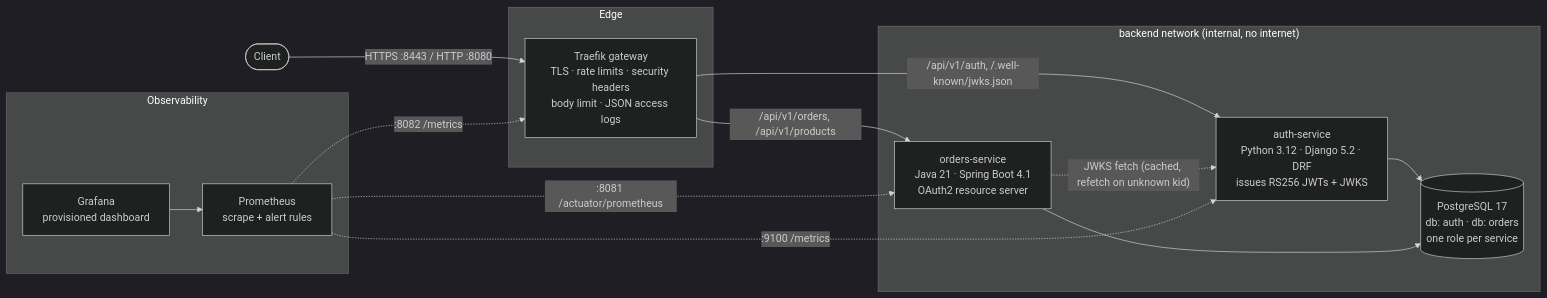
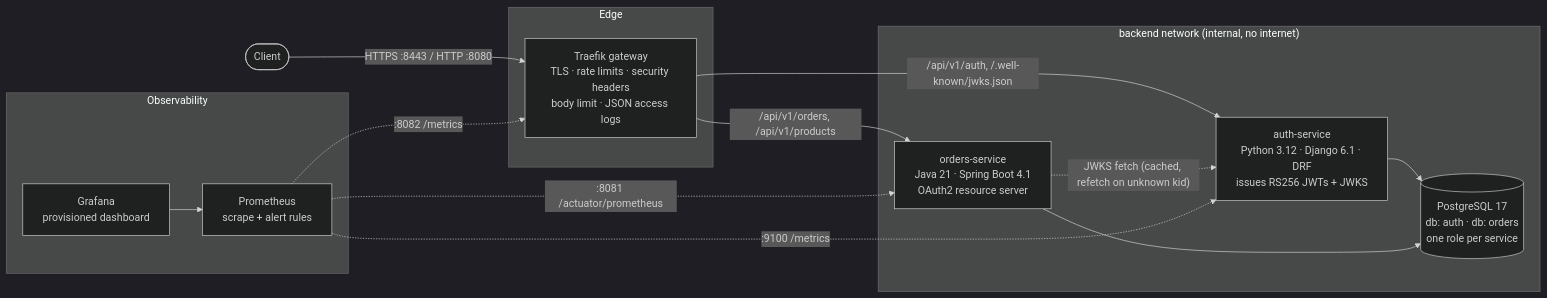
One commit to Arya-9989/secure-cloud-microservices-platform changed the first of 2 diagrams in README.md. Above: the diagram before and after it, drawn with Mermaid (dark theme). The commit also changed other lines of this file and 1 other file, not shown here.

Commit message:
docs: README reflects Django 6.1 and DRF 3.18 after dependency update

````diff
--- a/README.md
+++ b/README.md
@@ -19,30 +19,30 @@
 ```mermaid
 flowchart LR
     client([Client])
 
     subgraph edge [Edge]
         gw["Traefik gateway<br/>TLS · rate limits · security headers<br/>body limit · JSON access logs"]
     end
 
     subgraph backend ["backend network (internal, no internet)"]
-        auth["auth-service<br/>Python 3.12 · Django 5.2 · DRF<br/>issues RS256 JWTs + JWKS"]
+        auth["auth-service<br/>Python 3.12 · Django 6.1 · DRF<br/>issues RS256 JWTs + JWKS"]
         orders["orders-service<br/>Java 21 · Spring Boot 4.1<br/>OAuth2 resource server"]
         pg[("PostgreSQL 17<br/>db: auth · db: orders<br/>one role per service")]
     end
 
     subgraph obs [Observability]
         prom["Prometheus<br/>scrape + alert rules"]
         graf["Grafana<br/>provisioned dashboard"]
     end
 
     client -->|HTTPS :8443 / HTTP :8080| gw
     gw -->|/api/v1/auth, /.well-known/jwks.json| auth
     gw -->|/api/v1/orders, /api/v1/products| orders
     orders -. "JWKS fetch (cached, refetch on unknown kid)" .-> auth
     auth --> pg
     orders --> pg
     prom -. ":9100 /metrics" .-> auth
     prom -. ":8081 /actuator/prometheus" .-> orders
     prom -. ":8082 /metrics" .-> gw
     graf --> prom
 ```
````
